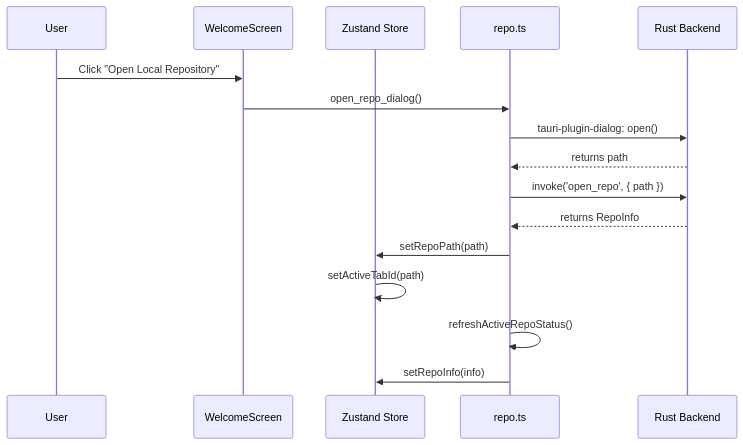
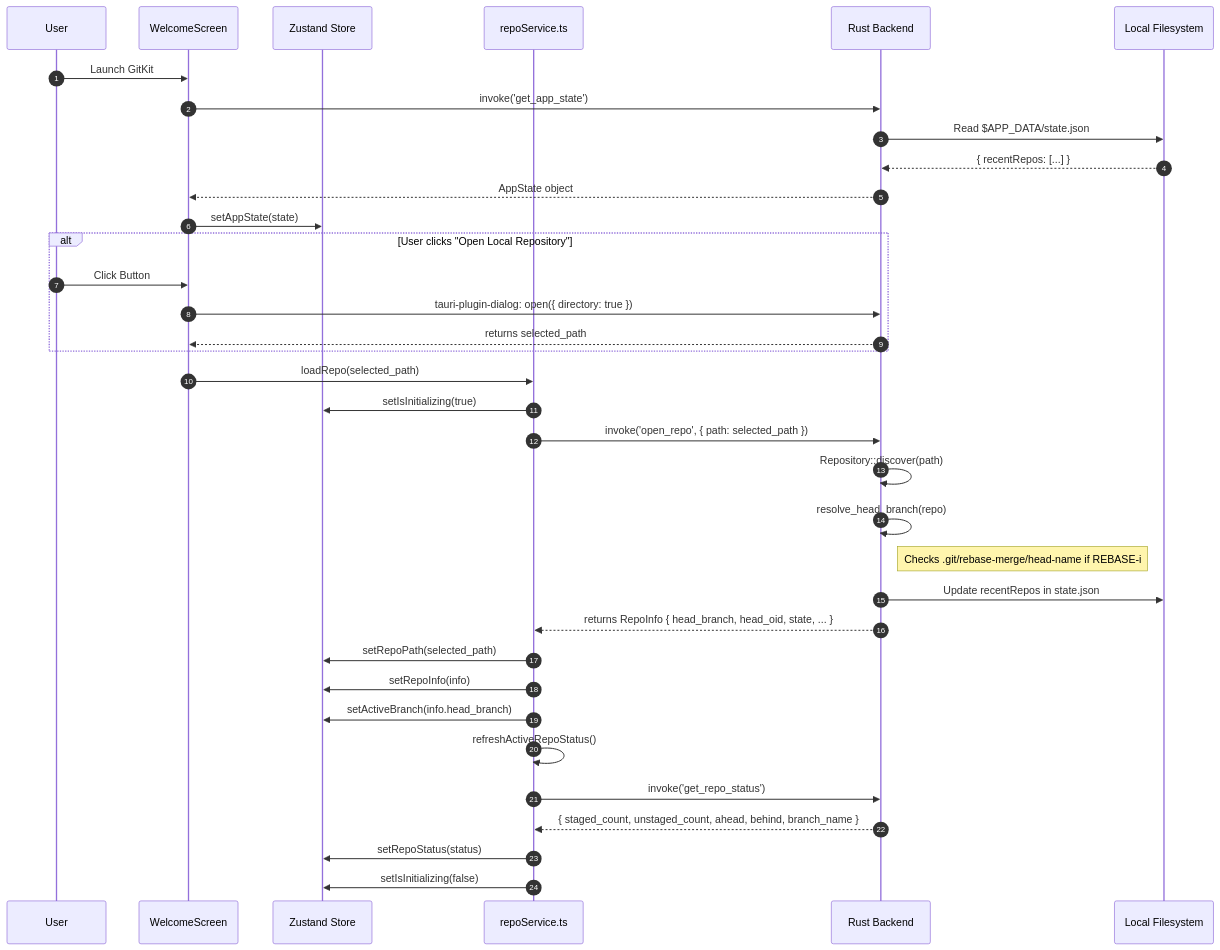
Before and after one commit to TrungHieu0107/git-helper: the first of 6 diagrams in docs/user_flow.md, drawn with Mermaid. The commit also changed other lines of this file and 2 other files, not shown here.

Commit message:
docs: ultra-detailed technical mapping of user flows

````diff
--- a/docs/user_flow.md
+++ b/docs/user_flow.md
@@ -10,19 +13,43 @@
 ```mermaid
 sequenceDiagram
+    autonumber
     participant User
     participant Welcome as WelcomeScreen
     participant Store as Zustand Store
-    participant Repo as repo.ts
+    participant Repo as repoService.ts
     participant Backend as Rust Backend
+    participant FS as Local Filesystem
 
-    User->>Welcome: Click "Open Local Repository"
-    Welcome->>Repo: open_repo_dialog()
-    Repo->>Backend: tauri-plugin-dialog: open()
-    Backend-->>Repo: returns path
-    Repo->>Backend: invoke('open_repo', { path })
-    Backend-->>Repo: returns RepoInfo
-    Repo->>Store: setRepoPath(path)
-    Store->>Store: setActiveTabId(path)
+    User->>Welcome: Launch GitKit
+    Welcome->>Backend: invoke('get_app_state')
+    Backend->>FS: Read $APP_DATA/state.json
+    FS-->>Backend: { recentRepos: [...] }
+    Backend-->>Welcome: AppState object
+    Welcome->>Store: setAppState(state)
+    
+    alt User clicks "Open Local Repository"
+        User->>Welcome: Click Button
+        Welcome->>Backend: tauri-plugin-dialog: open({ directory: true })
+        Backend-->>Welcome: returns selected_path
+    end
+
+    Welcome->>Repo: loadRepo(selected_path)
+    Repo->>Store: setIsInitializing(true)
+    
+    Repo->>Backend: invoke('open_repo', { path: selected_path })
+    Backend->>Backend: Repository::discover(path)
+    Backend->>Backend: resolve_head_branch(repo)
+    Note right of Backend: Checks .git/rebase-merge/head-name if REBASE-i
+    Backend->>FS: Update recentRepos in state.json
+    Backend-->>Repo: returns RepoInfo { head_branch, head_oid, state, ... }
+    
+    Repo->>Store: setRepoPath(selected_path)
+    Repo->>Store: setRepoInfo(info)
+    Repo->>Store: setActiveBranch(info.head_branch)
+    
     Repo->>Repo: refreshActiveRepoStatus()
-    Repo->>Store: setRepoInfo(info)
+    Repo->>Backend: invoke('get_repo_status')
+    Backend-->>Repo: { staged_count, unstaged_count, ahead, behind, branch_name }
+    Repo->>Store: setRepoStatus(status)
+    Repo->>Store: setIsInitializing(false)
 ```
````
